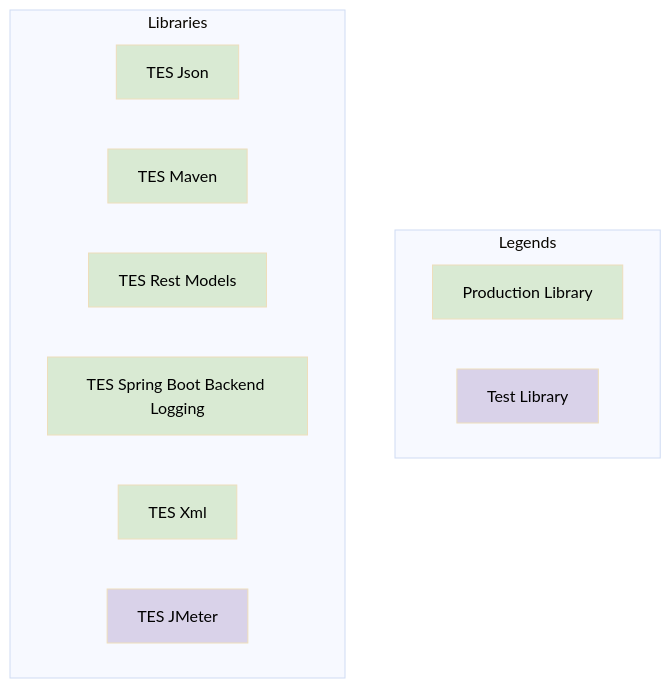
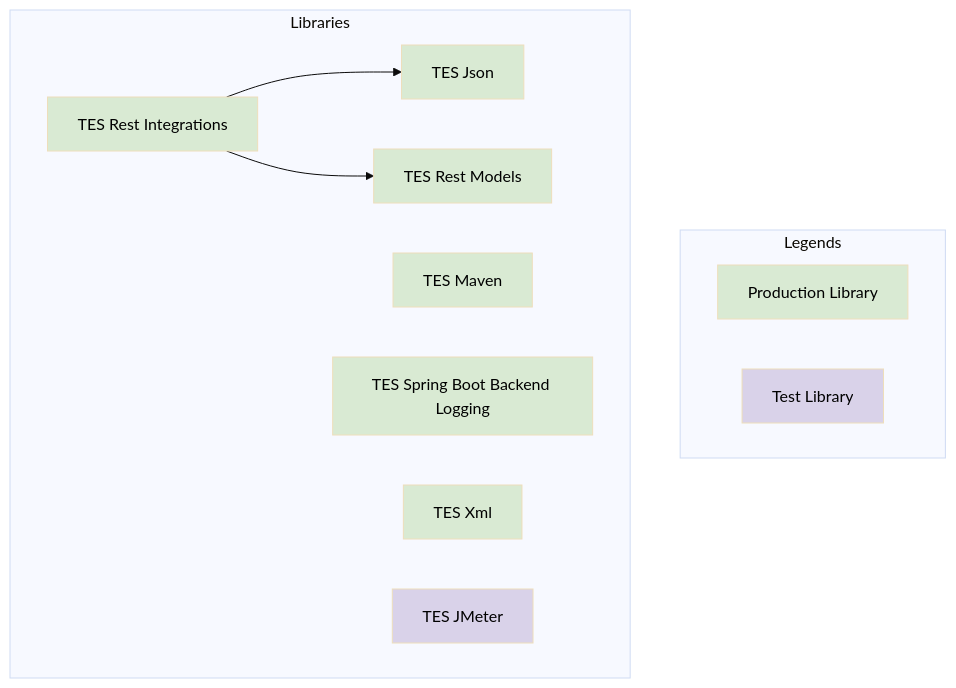
The diagram in doc/README.md (sunepoulsen/tes-foundation), drawn with Mermaid (base theme) before and after one commit. The commit also changed other lines of this file and 25 other files, not shown here.

Commit message:
TES-120: Add `tes-rest-integrations` to this monolith.

````diff
--- a/doc/README.md
+++ b/doc/README.md
@@ -22,20 +24,22 @@
 ```mermaid
 flowchart
     subgraph "Legends"
         legProdLib["Production Library"]:::prodLibrary
         legTestLib["Test Library"]:::testLibrary
     end
 
     subgraph "Libraries"
         tesJson["TES Json"]:::prodLibrary
         tesMaven["TES Maven"]:::prodLibrary
         tesRestModels["TES Rest Models"]:::prodLibrary
         tesSpringBootLogging["TES Spring Boot Backend Logging"]:::prodLibrary
         tesXml["TES Xml"]:::prodLibrary
+        tesRestIntegrations["TES Rest Integrations"]:::prodLibrary --> tesJson
+        tesRestIntegrations:::prodLibrary --> tesRestModels
         
         tesJMeter["TES JMeter"]:::testLibrary
     end
 
     classDef prodLibrary fill:#d9ead3,color:#000
     classDef testLibrary fill:#d9d2e9,color:#000
 ```
````
